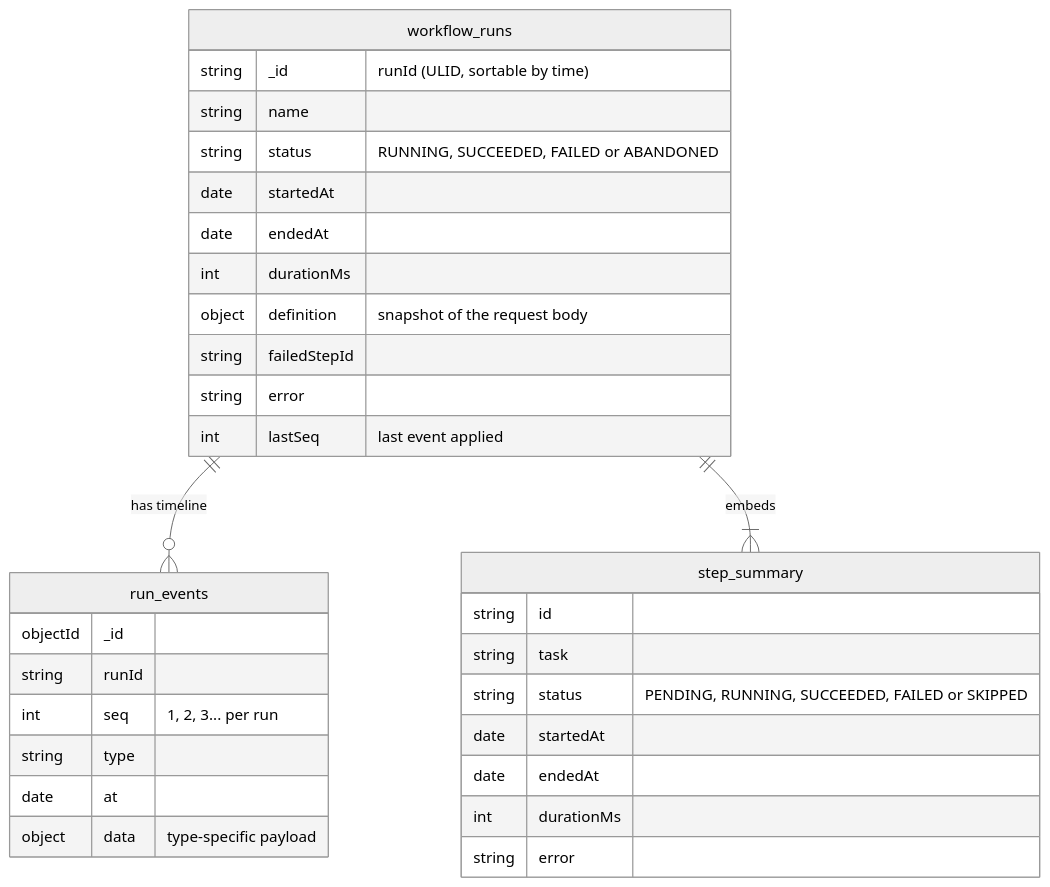
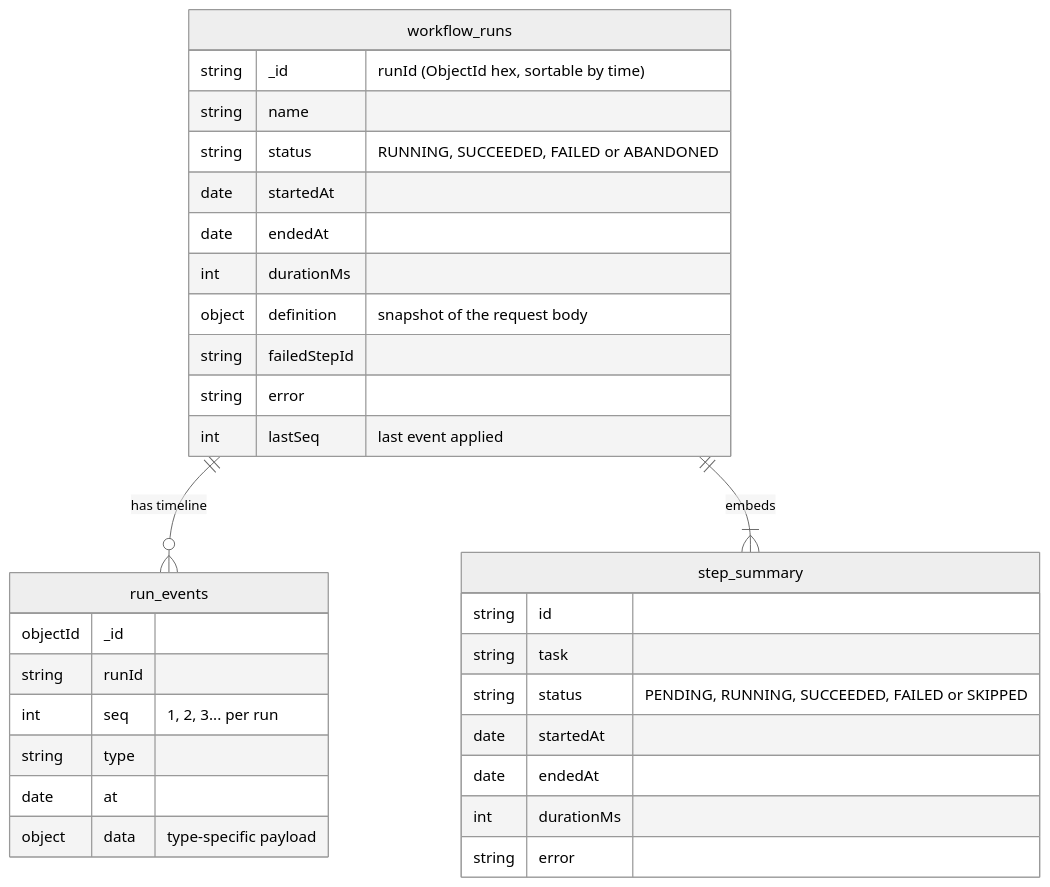
One commit to sinrajat43/OrchaLite changed the second of 5 diagrams in docs/run-history-design.md. Above: the diagram before and after it, drawn with Mermaid (neutral theme). The commit also changed other lines of this file and 19 other files, not shown here.

````diff
--- a/docs/run-history-design.md
+++ b/docs/run-history-design.md
@@ -86,35 +88,35 @@
 ```mermaid
 erDiagram
     workflow_runs ||--o{ run_events : "has timeline"
     workflow_runs ||--|{ step_summary : embeds
 
     workflow_runs {
-        string _id "runId (ULID, sortable by time)"
+        string _id "runId (ObjectId hex, sortable by time)"
         string name
         string status "RUNNING, SUCCEEDED, FAILED or ABANDONED"
         date startedAt
         date endedAt
         int durationMs
         object definition "snapshot of the request body"
         string failedStepId
         string error
         int lastSeq "last event applied"
     }
     step_summary {
         string id
         string task
         string status "PENDING, RUNNING, SUCCEEDED, FAILED or SKIPPED"
         date startedAt
         date endedAt
         int durationMs
         string error
     }
     run_events {
         objectId _id
         string runId
         int seq "1, 2, 3... per run"
         string type
         date at
         object data "type-specific payload"
     }
 ```
````
